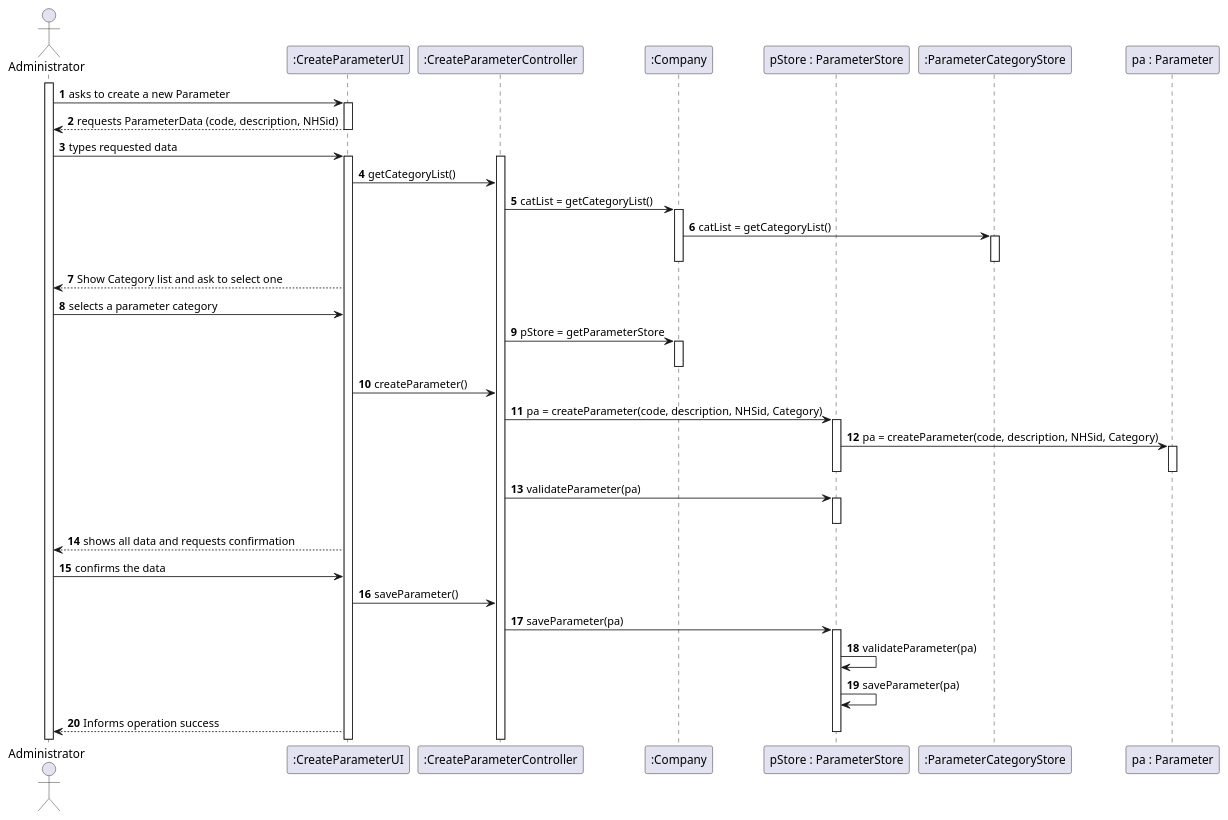
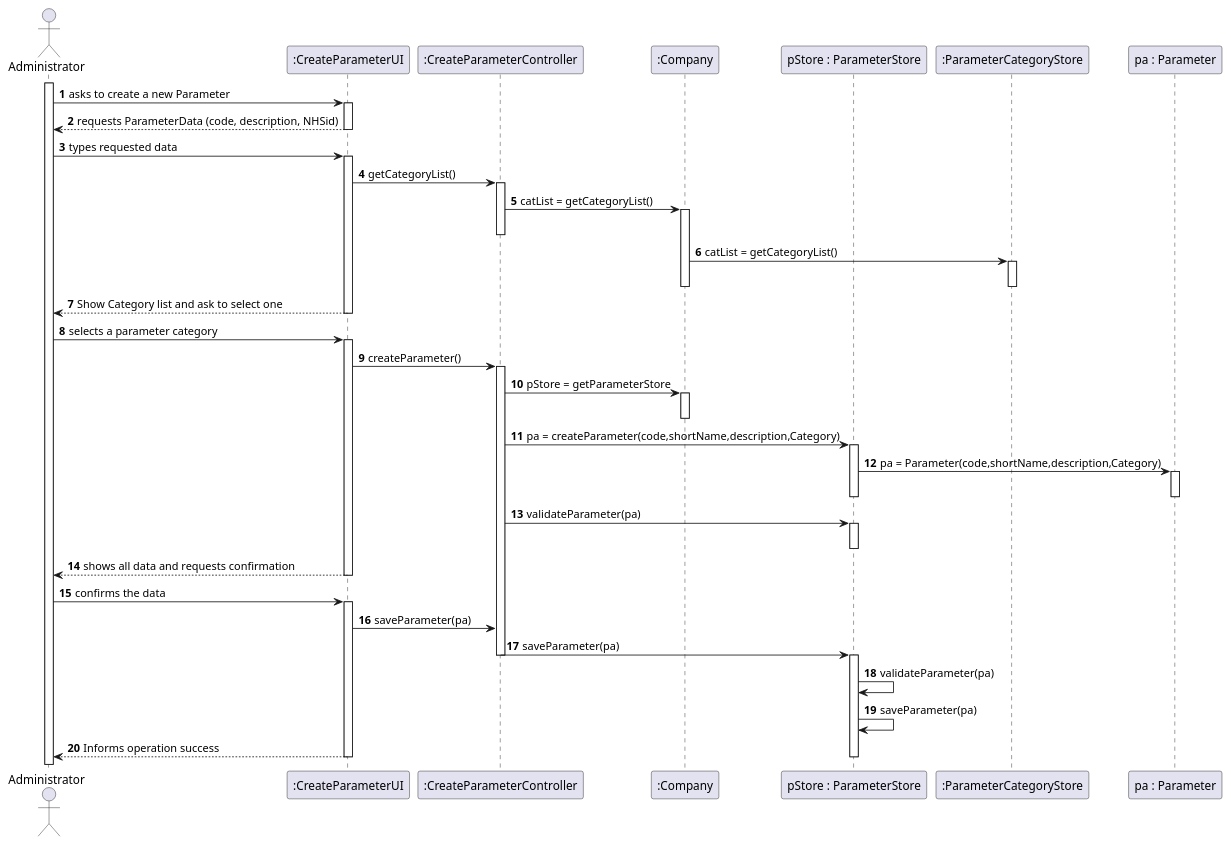
One commit to MarianaCLages/LAPR2 changed the diagram in docs/SprintB/US10/US10_SD.puml. Above: the diagram before and after it, drawn with PlantUML. The commit also changed 21 other files, not shown here.

```diff
--- a/docs/SprintB/US10/US10_SD.puml
+++ b/docs/SprintB/US10/US10_SD.puml
@@ -1,97 +1,106 @@
 @startuml
 autonumber
 'hide footbox
 actor "Administrator" as Administrator
 
 participant ":CreateParameterUI" as UI
 participant ":CreateParameterController" as CTRL
 participant ":Company" as COMPANY
 participant "pStore : ParameterStore" as PARAMETERSTORE
 participant ":ParameterCategoryStore" as CATEGORYSTORE
 participant "pa : Parameter" as PARAMETER
 
 
 activate Administrator
 Administrator -> UI: asks to create a new Parameter
 activate UI
 
 
 
 
 UI --> Administrator :requests ParameterData (code, description, NHSid)
 deactivate UI
 
 
 Administrator -> UI : types requested data
 activate UI
 
-activate CTRL
 
 
 UI -> CTRL : getCategoryList()
+activate CTRL
 
 
 CTRL -> COMPANY : catList = getCategoryList()
 activate COMPANY
-
-
-
+deactivate CTRL
 
 COMPANY -> CATEGORYSTORE  : catList = getCategoryList()
+activate CATEGORYSTORE
+deactivate COMPANY
+deactivate CATEGORYSTORE
 
-activate CATEGORYSTORE
-deactivate CATEGORYSTORE
-deactivate COMPANY
 
 
 
 
 
 UI --> Administrator : Show Category list and ask to select one
+deactivate UI
 
 
 
 
 
 Administrator -> UI : selects a parameter category
+activate UI
+
+
+
+
+UI-> CTRL : createParameter()
+activate CTRL
 
 CTRL -> COMPANY : pStore = getParameterStore
 activate COMPANY
 deactivate COMPANY
-
-UI-> CTRL : createParameter()
-CTRL -> PARAMETERSTORE : pa = createParameter(code, description, NHSid, Category)
+CTRL -> PARAMETERSTORE : pa = createParameter(code,shortName,description,Category)
 
 activate PARAMETERSTORE
 
-PARAMETERSTORE -> PARAMETER : pa = createParameter(code, description, NHSid, Category)
+PARAMETERSTORE -> PARAMETER : pa = Parameter(code,shortName,description,Category)
 
 activate PARAMETER
 deactivate PARAMETER
 deactivate PARAMETERSTORE
 CTRL -> PARAMETERSTORE : validateParameter(pa)
 activate PARAMETERSTORE
 deactivate PARAMETERSTORE
 
 UI --> Administrator : shows all data and requests confirmation
+deactivate UI
 
 Administrator -> UI : confirms the data
+activate UI
 
-UI-> CTRL : saveParameter()
+UI-> CTRL : saveParameter(pa)
 
 CTRL -> PARAMETERSTORE : saveParameter(pa)
+deactivate CTRL
 activate PARAMETERSTORE
 PARAMETERSTORE -> PARAMETERSTORE : validateParameter(pa)
 PARAMETERSTORE -> PARAMETERSTORE : saveParameter(pa)
 
 
 UI --> Administrator : Informs operation success
+deactivate UI
+
 deactivate PARAMETERSTORE
 
 
 
 
 
 
 
 @enduml
```
